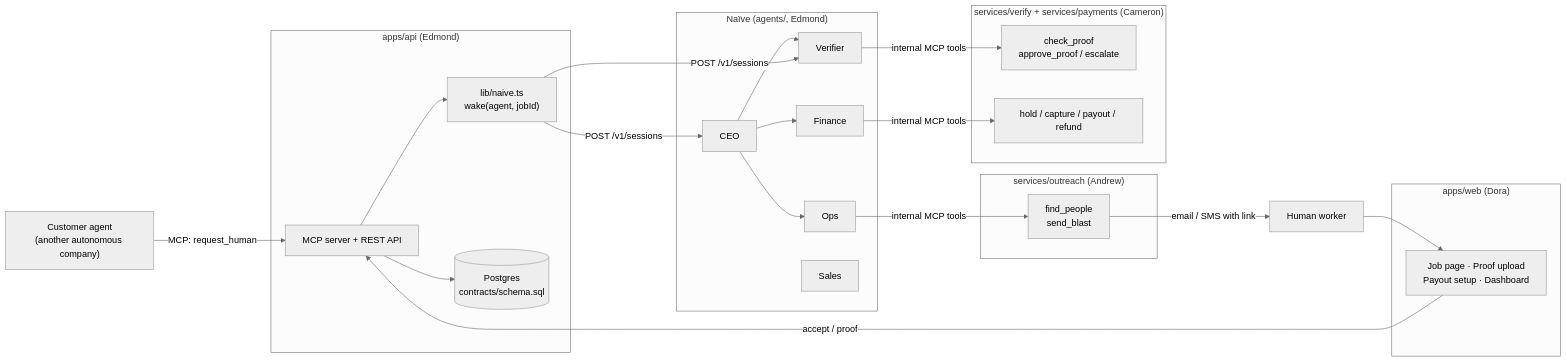
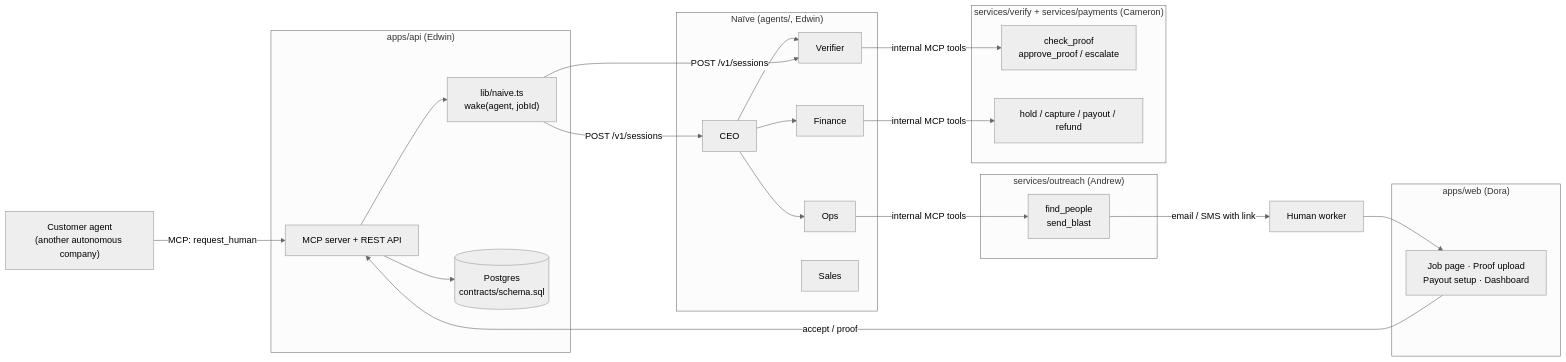
The first of 4 diagrams in docs/FLOW.md (cubic1M/Naive-Autonomous-Company-Hackathon-Project), drawn with Mermaid (neutral theme) before and after one commit. The commit also changed other lines of this file and 5 other files, not shown here.

Commit message:
Fix teammate name: Edwin, not Edmond

````diff
--- a/docs/FLOW.md
+++ b/docs/FLOW.md
@@ -12,41 +12,41 @@
 ```mermaid
 flowchart LR
     C["Customer agent<br/>(another autonomous company)"] -->|"MCP: request_human"| API
 
-    subgraph EDMOND["apps/api (Edmond)"]
+    subgraph EDWIN["apps/api (Edwin)"]
         API["MCP server + REST API"]
         WAKE["lib/naive.ts<br/>wake(agent, jobId)"]
         DB[("Postgres<br/>contracts/schema.sql")]
         API --> DB
         API --> WAKE
     end
 
-    subgraph NAIVE["Naïve (agents/, Edmond)"]
+    subgraph NAIVE["Naïve (agents/, Edwin)"]
         CEO["CEO"] --> OPS["Ops"]
         CEO --> VER["Verifier"]
         CEO --> FIN["Finance"]
         SALES["Sales"]
     end
 
     WAKE -->|"POST /v1/sessions"| CEO
     WAKE -->|"POST /v1/sessions"| VER
 
     OPS -->|"internal MCP tools"| OUT
     VER -->|"internal MCP tools"| VFY
     FIN -->|"internal MCP tools"| PAY
 
     subgraph ANDREW["services/outreach (Andrew)"]
         OUT["find_people<br/>send_blast"]
     end
     subgraph CAMERON["services/verify + services/payments (Cameron)"]
         VFY["check_proof<br/>approve_proof / escalate"]
         PAY["hold / capture / payout / refund"]
     end
     subgraph DORA["apps/web (Dora)"]
         WEB["Job page · Proof upload<br/>Payout setup · Dashboard"]
     end
 
     OUT -->|"email / SMS with link"| H["Human worker"]
     H --> WEB
     WEB -->|"accept / proof"| API
 ```
````
